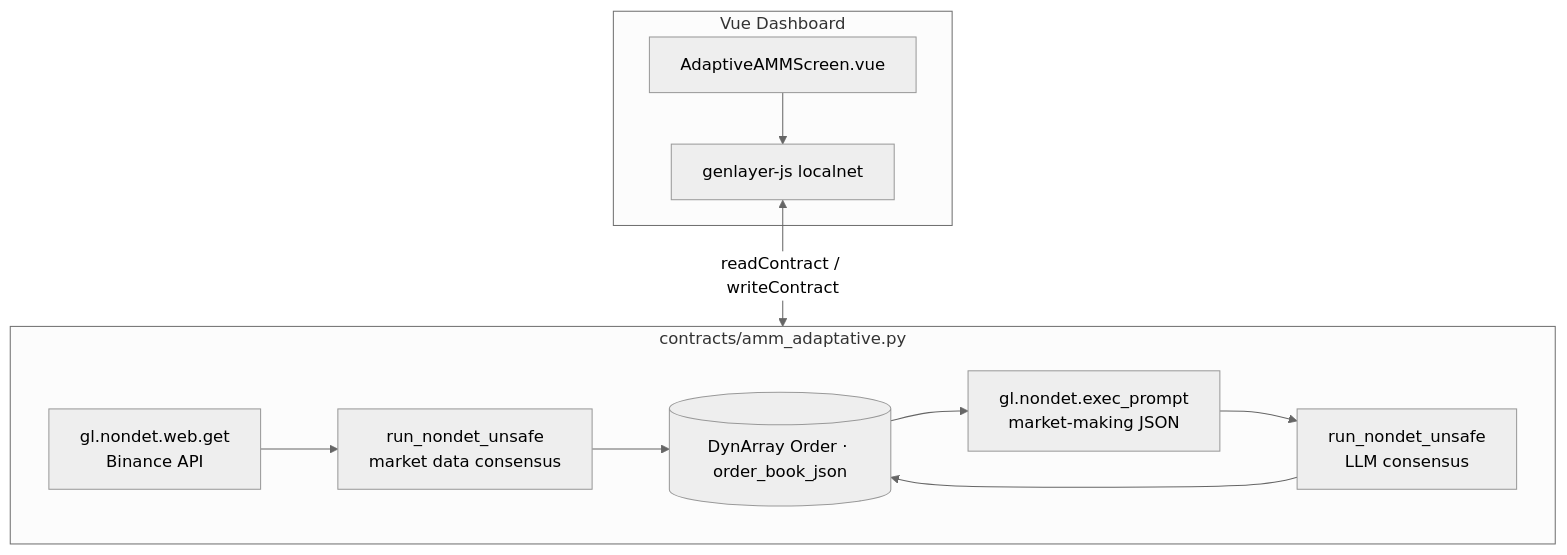
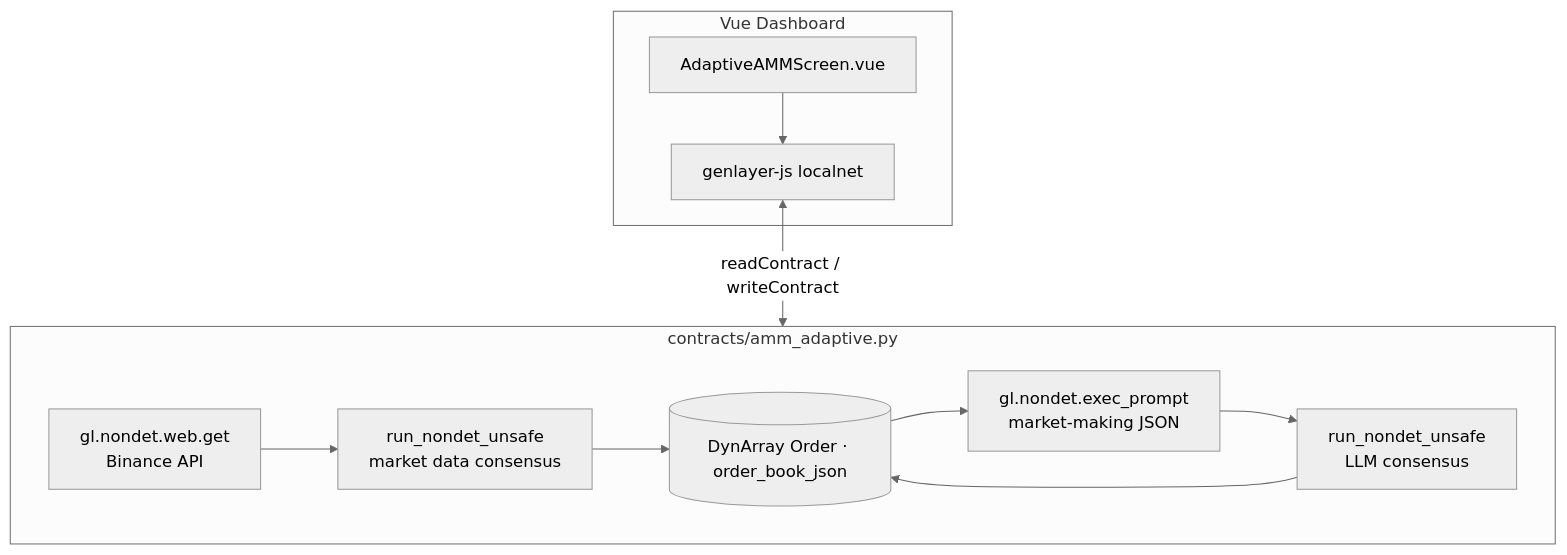
One commit to mpaya5/adaptive-amm-genlayer changed the diagram in README.md. Above: the diagram before and after it, drawn with Mermaid (neutral theme). The commit also changed other lines of this file and 3 other files, not shown here.

Commit message:
docs: portfolio README polish, adaptive naming, production roadmap

````diff
--- a/README.md
+++ b/README.md
@@ -72,20 +90,20 @@
 ```mermaid
 flowchart TB
     subgraph Frontend["Vue Dashboard"]
         UI[AdaptiveAMMScreen.vue]
         SDK[genlayer-js localnet]
         UI --> SDK
     end
 
-    subgraph Contract["contracts/amm_adaptative.py"]
+    subgraph Contract["contracts/amm_adaptive.py"]
         Web["gl.nondet.web.get<br/>Binance API"]
         EP1["run_nondet_unsafe<br/>market data consensus"]
         LLM["gl.nondet.exec_prompt<br/>market-making JSON"]
         EP2["run_nondet_unsafe<br/>LLM consensus"]
         State[(DynArray Order · order_book_json)]
         Web --> EP1 --> State
         State --> LLM --> EP2 --> State
     end
 
     SDK <-->|readContract / writeContract| Contract
 ```
````
